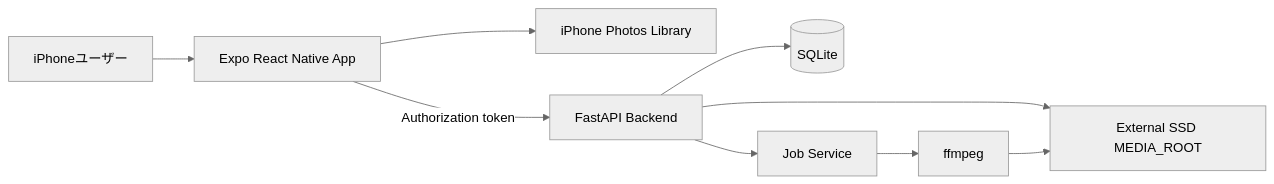
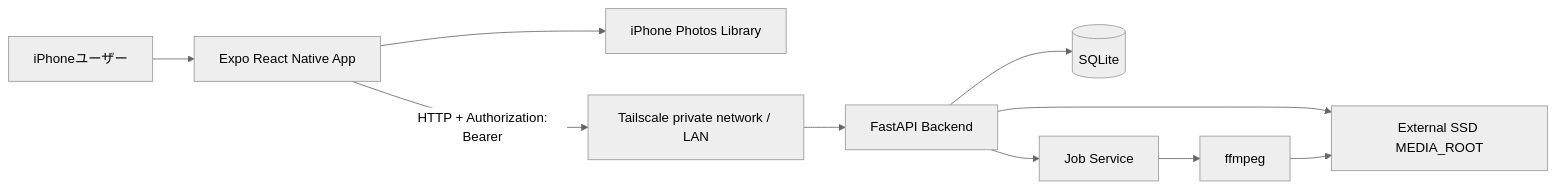
The first of 7 diagrams in docs/functional-design.md (oyabu-koji/nas_mini), drawn with Mermaid (neutral theme) before and after one commit. The commit also changed other lines of this file and 5 other files, not shown here.

Commit message:
docs: clarify tailscale private endpoint usage

````diff
--- a/docs/functional-design.md
+++ b/docs/functional-design.md
@@ -12,20 +13,22 @@
 ```mermaid
 graph LR
     User[iPhoneユーザー]
     Mobile[Expo React Native App]
     Photos[iPhone Photos Library]
+    Tailnet[Tailscale private network / LAN]
     API[FastAPI Backend]
     DB[(SQLite)]
     Jobs[Job Service]
     FFmpeg[ffmpeg]
     SSD[External SSD MEDIA_ROOT]
 
     User --> Mobile
     Mobile --> Photos
-    Mobile -->|Authorization token| API
+    Mobile -->|HTTP + Authorization: Bearer <token>| Tailnet
+    Tailnet --> API
     API --> DB
     API --> SSD
     API --> Jobs
     Jobs --> FFmpeg
     FFmpeg --> SSD
 ```
````
